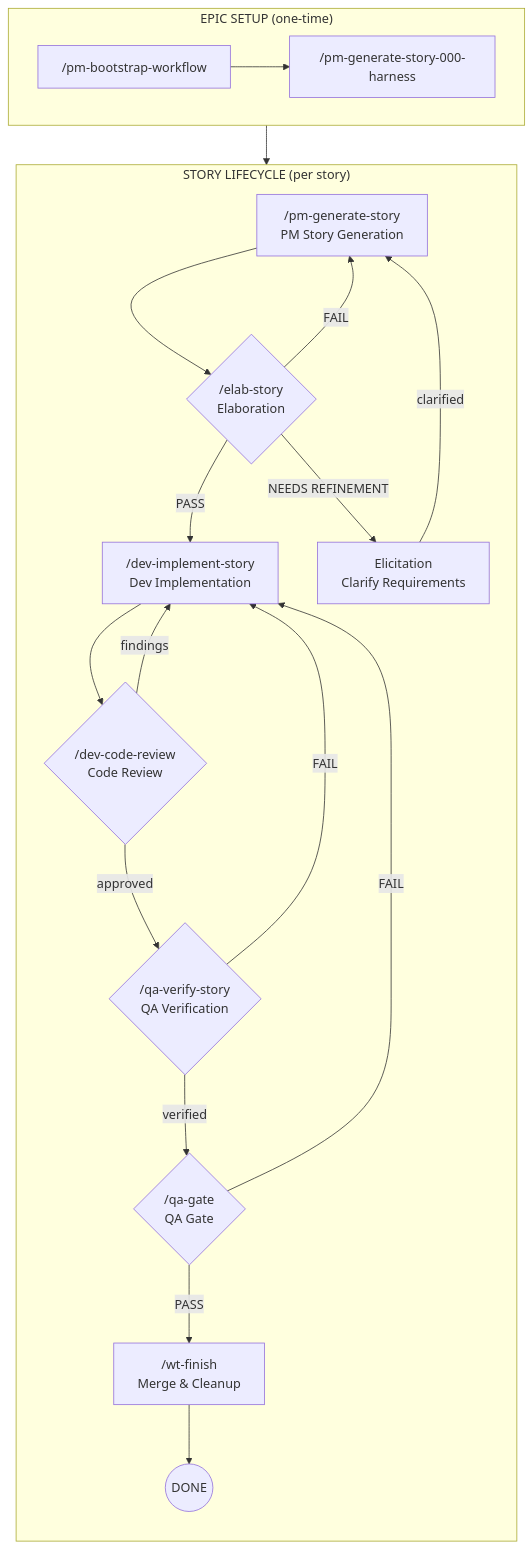
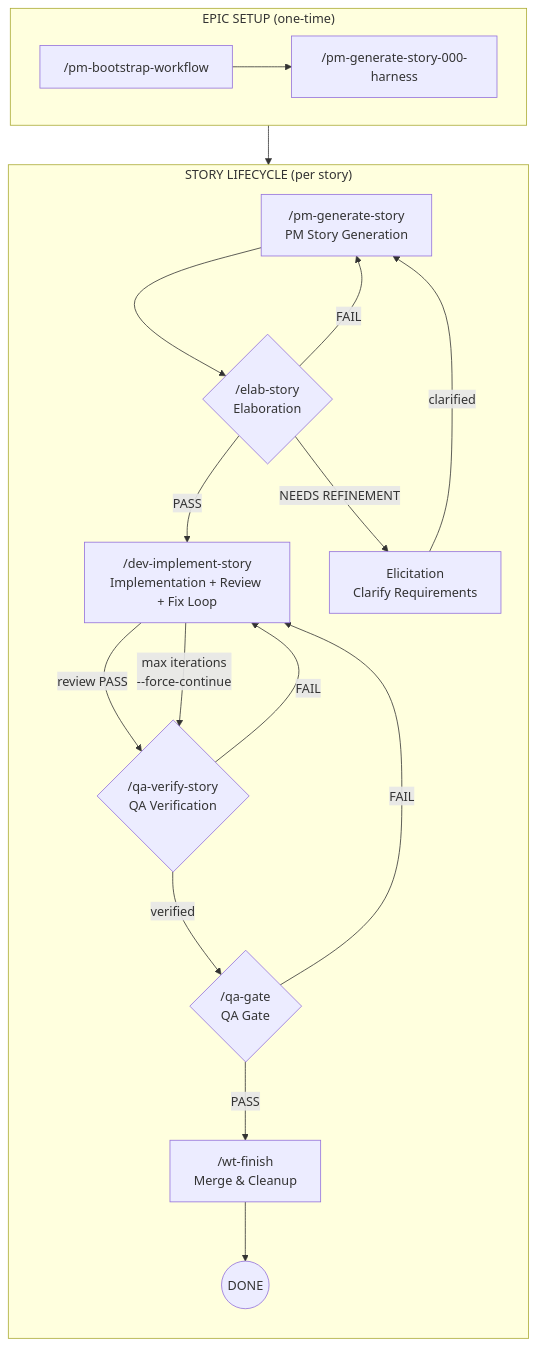
One commit to michael-menard/monorepo changed the second of 2 diagrams in docs/FULL_WORKFLOW.md. Above: the diagram before and after it, drawn with Mermaid. The commit also changed other lines of this file and 658 other files, not shown here.

````diff
--- a/docs/FULL_WORKFLOW.md
+++ b/docs/FULL_WORKFLOW.md
@@ -104,32 +124,31 @@
 ```mermaid
 flowchart TB
     subgraph Setup["EPIC SETUP (one-time)"]
         direction LR
         A["/pm-bootstrap-workflow"] --> B["/pm-generate-story-000-harness"]
     end
 
     subgraph Lifecycle["STORY LIFECYCLE (per story)"]
         direction TB
         C["/pm-generate-story<br/>PM Story Generation"] --> D{"/elab-story<br/>Elaboration"}
 
-        D -->|PASS| E["/dev-implement-story<br/>Dev Implementation"]
+        D -->|PASS| E["/dev-implement-story<br/>Implementation + Review + Fix Loop"]
         D -->|NEEDS REFINEMENT| K["Elicitation<br/>Clarify Requirements"]
         D -->|FAIL| C
 
         K -->|clarified| C
 
-        E --> F{"/dev-code-review<br/>Code Review"}
-        F -->|approved| G{"/qa-verify-story<br/>QA Verification"}
-        F -->|findings| E
+        E -->|"review PASS"| G{"/qa-verify-story<br/>QA Verification"}
+        E -->|"max iterations<br/>--force-continue"| G
 
         G -->|verified| H{"/qa-gate<br/>QA Gate"}
         G -->|FAIL| E
 
         H -->|PASS| I["/wt-finish<br/>Merge & Cleanup"]
         H -->|FAIL| E
 
         I --> J((DONE))
     end
 
     Setup --> Lifecycle
 ```
````
